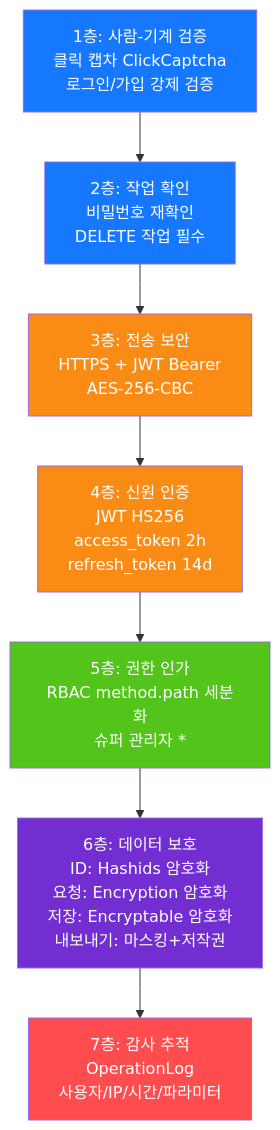
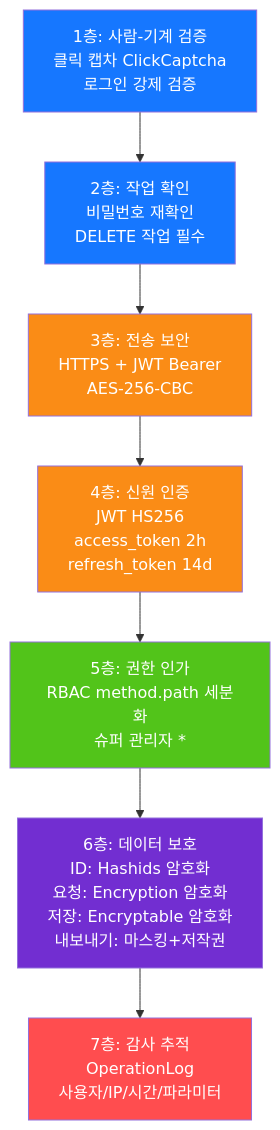
One commit to erikwang2013/open-admin changed the diagram in docs/diagrams/11-security-defense.ko.md. Above: the diagram before and after it, drawn with Mermaid. The commit also changed 115 other files, not shown here.

First line of the commit message:
功能：新增项目宠物「小安」、站点首页与手写 SVG 设计图集；全部文档对齐代码

````diff
--- a/docs/diagrams/11-security-defense.ko.md
+++ b/docs/diagrams/11-security-defense.ko.md
@@ -7,20 +7,20 @@
 ```mermaid
 flowchart TB
-    l1["1층: 사람-기계 검증<br/>클릭 캡차 ClickCaptcha<br/>로그인/가입 강제 검증"]
+    l1["1층: 사람-기계 검증<br/>클릭 캡차 ClickCaptcha<br/>로그인 강제 검증"]
     l2["2층: 작업 확인<br/>비밀번호 재확인<br/>DELETE 작업 필수"]
     l3["3층: 전송 보안<br/>HTTPS + JWT Bearer<br/>AES-256-CBC"]
     l4["4층: 신원 인증<br/>JWT HS256<br/>access_token 2h<br/>refresh_token 14d"]
     l5["5층: 권한 인가<br/>RBAC method.path 세분화<br/>슈퍼 관리자 *"]
     l6["6층: 데이터 보호<br/>ID: Hashids 암호화<br/>요청: Encryption 암호화<br/>저장: Encryptable 암호화<br/>내보내기: 마스킹+저작권"]
     l7["7층: 감사 추적<br/>OperationLog<br/>사용자/IP/시간/파라미터"]
 
     l1 --> l2 --> l3 --> l4 --> l5 --> l6 --> l7
 
     style l1 fill:#1677FF,color:#fff
     style l2 fill:#1677FF,color:#fff
     style l3 fill:#FA8C16,color:#fff
     style l4 fill:#FA8C16,color:#fff
     style l5 fill:#52C41A,color:#fff
     style l6 fill:#722ED1,color:#fff
     style l7 fill:#FF4D4F,color:#fff
 ```
````
